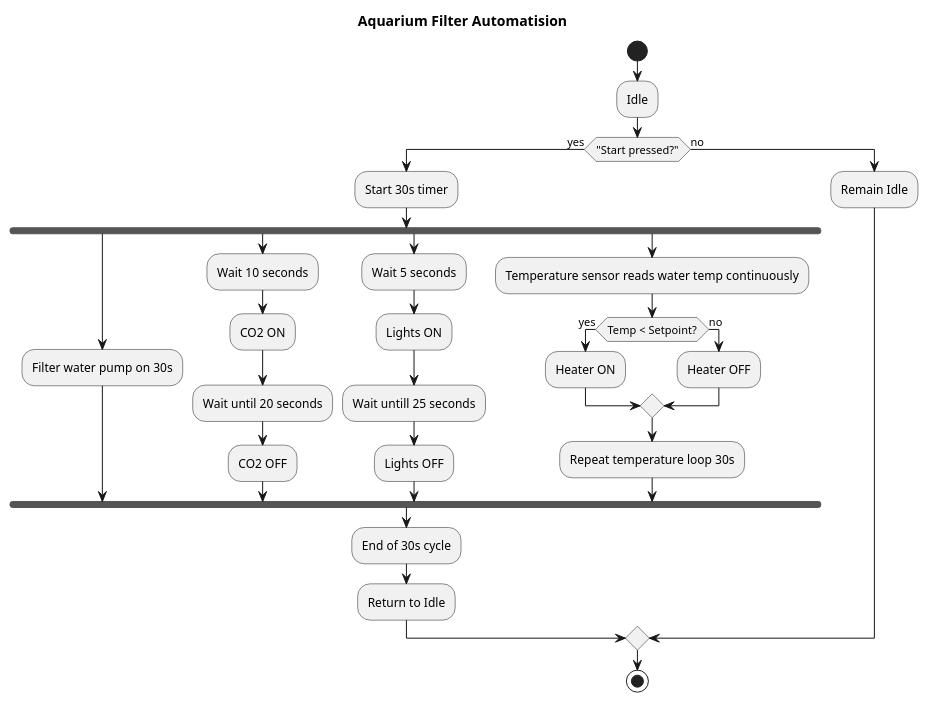
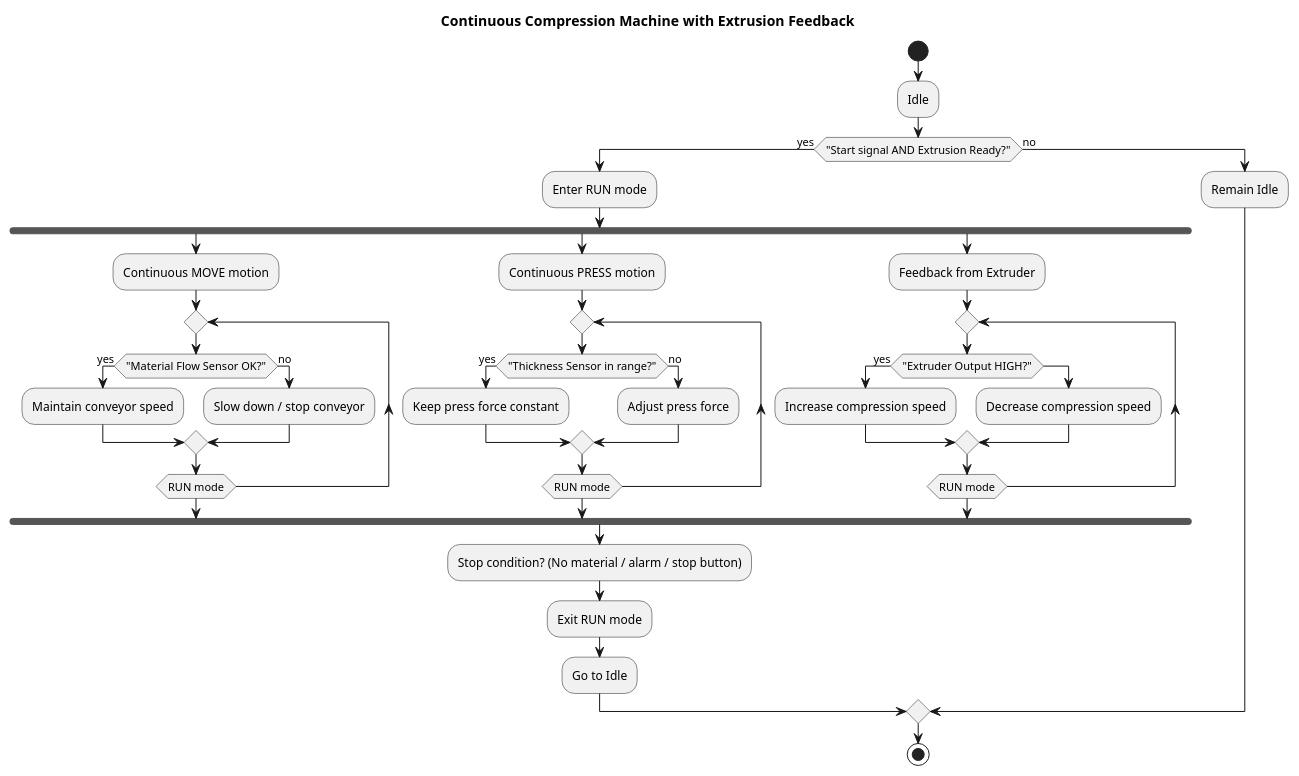
Before and after one commit to Doravandebuurt/personalAssignment: the diagram in diagram.puml, drawn with PlantUML. The commit also changed 4 other files, not shown here.

```diff
--- a/diagram.puml
+++ b/diagram.puml
@@ -1,42 +1,51 @@
-@startuml AquariumFilter
+@startuml CompressionMachine
 
-title Aquarium Filter Automatision
+title Continuous Compression Machine with Extrusion Feedback
 
 start
 :Idle;
 
-if ("Start pressed?") then (yes)
-  :Start 30s timer;
+if ("Start signal AND Extrusion Ready?") then (yes)
+  :Enter RUN mode;
+
   fork
-    
-    :Filter water pump on 30s;
+    :Continuous MOVE motion;
+    repeat
+      if ("Material Flow Sensor OK?") then (yes)
+        :Maintain conveyor speed;
+      else (no)
+        :Slow down / stop conveyor;
+      endif
+    repeat while (RUN mode)
   fork again
-    :Wait 10 seconds;
-    :CO2 ON;
-    :Wait until 20 seconds;
-    :CO2 OFF;
+    :Continuous PRESS motion;
+    repeat
+      if ("Thickness Sensor in range?") then (yes)
+        :Keep press force constant;
+      else (no)
+        :Adjust press force;
+      endif
+    repeat while (RUN mode)
   fork again
-    :Wait 5 seconds;
-    :Lights ON;
-    :Wait untill 25 seconds;
-    :Lights OFF;
-  fork again
-    :Temperature sensor reads water temp continuously;
-    if (Temp < Setpoint?) then (yes)
-        :Heater ON;
-    else (no)
-        :Heater OFF;
-    endif
-    :Repeat temperature loop 30s;
+    :Feedback from Extruder;
+    repeat
+      if ("Extruder Output HIGH?") then (yes)
+        :Increase compression speed;
+      else
+        :Decrease compression speed;
+      endif
+    repeat while (RUN mode)
   end fork
 
-  :End of 30s cycle;
-  :Return to Idle;
+  :Stop condition? (No material / alarm / stop button);
+
+  :Exit RUN mode;
+  :Go to Idle;
 
 else (no)
   :Remain Idle;
 endif
 
 stop
 
 @enduml
```
